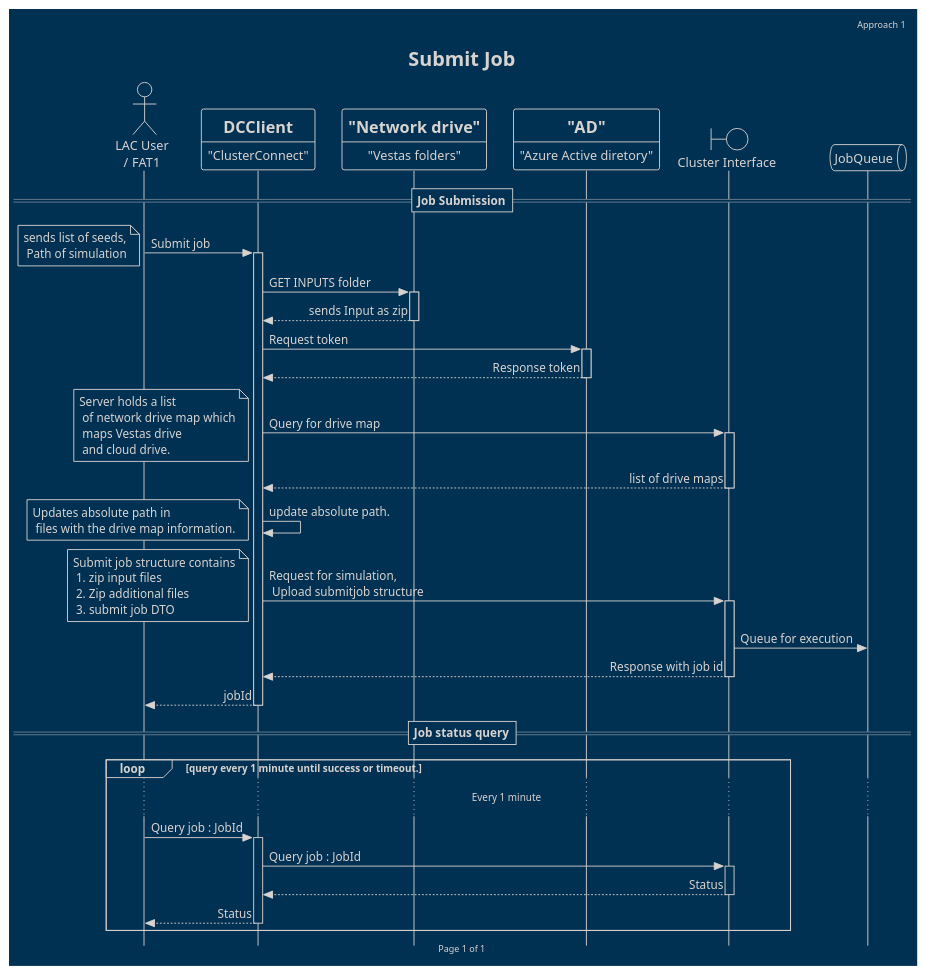
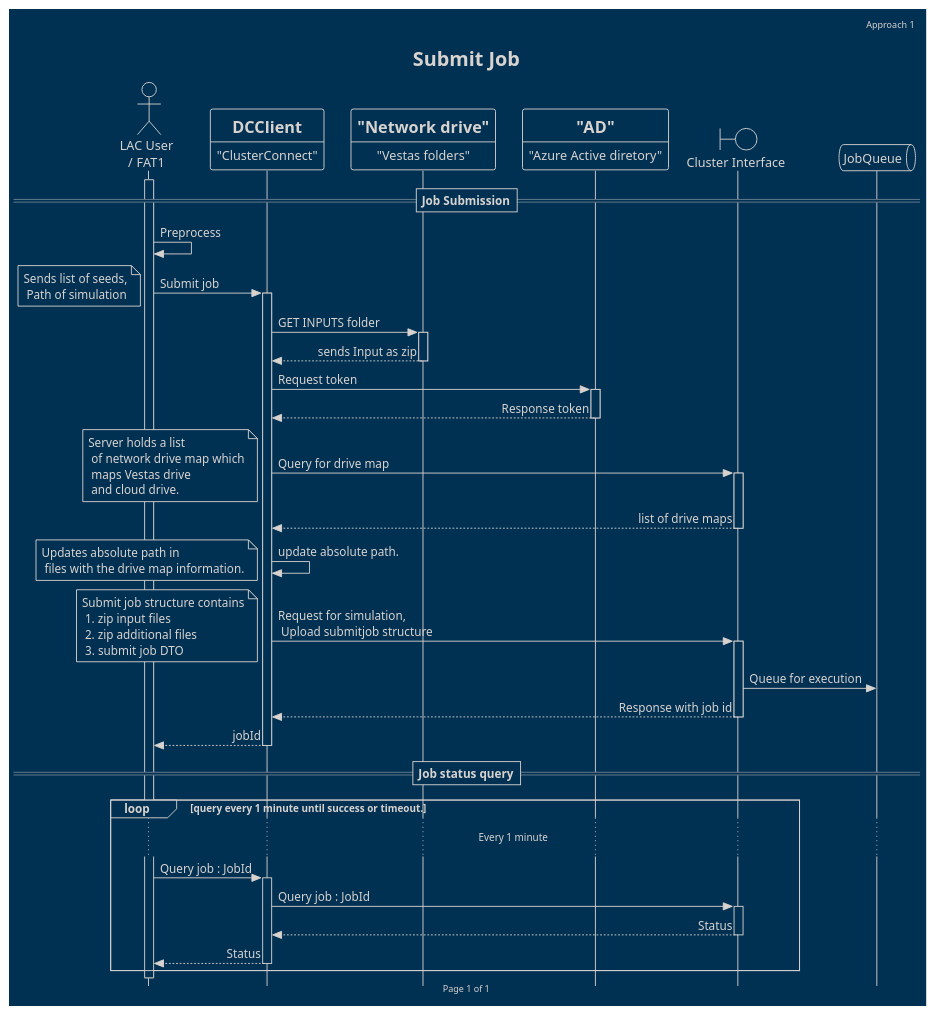
The diagram in Sequence1.puml (libish-jacob/PlantUml), drawn with PlantUML before and after one commit.

```diff
--- a/Sequence1.puml
+++ b/Sequence1.puml
@@ -1,70 +1,73 @@
 @startuml SubmitjobApproach1
 
 header "Approach 1"
 footer Page %page% of %lastpage%
 title "Submit Job"
 
 !theme blueprint
 
 skinparam style strictuml 
 ' black and white eyes friendly.
 'skinparam Monochrome reverse
 ' make it look like handwritten
 'skinparam handwritten true
 
 
 skinparam sequence {    
     MessageAlign direction
     NoteBackgroundColor Yellow
 }
 
 actor "LAC User\n/ FAT1" as fat1 
 participant DCClient [
     =DCClient
     ----
     "ClusterConnect"
 ]
 participant networkFolder [
     ="Network drive"
     ----
     "Vestas folders"
 ]
 participant activeDirectory[
     ="AD"
     ----
     "Azure Active diretory"
 ]
 
 boundary "Cluster Interface" as cloudApi
 
 queue JobQueue
 
 ==Job Submission==
 'autonumber
+activate fat1
+fat1->fat1:Preprocess
 fat1 -> DCClient++ : Submit job
-note left: sends list of seeds,\n Path of simulation 
+
+note left: Sends list of seeds,\n Path of simulation 
 DCClient -> networkFolder++ : GET INPUTS folder
 networkFolder --> DCClient-- : sends Input as zip
 DCClient -> activeDirectory ++: Request token
 activeDirectory --> DCClient --: Response token
 
 DCClient -> cloudApi ++: Query for drive map
 note left: Server holds a list\n of network drive map which\n maps Vestas drive\n and cloud drive.
 cloudApi --> DCClient --: list of drive maps
 DCClient ->DCClient: update absolute path.
 note left: Updates absolute path in\n files with the drive map information.
 DCClient -> cloudApi ++: Request for simulation,\n Upload submitjob structure
-note left: Submit job structure contains\n 1. zip input files\n 2. Zip additional files\n 3. submit job DTO
+note left: Submit job structure contains\n 1. zip input files\n 2. zip additional files\n 3. submit job DTO
 cloudApi->JobQueue:Queue for execution
 cloudApi --> DCClient--: Response with job id
 DCClient --> fat1--: jobId
 
 ==Job status query==
 loop query every 1 minute until success or timeout.
     ...Every 1 minute...
     fat1 -> DCClient++ : Query job : JobId
     DCClient->cloudApi++: Query job : JobId
     cloudApi -->DCClient-- : Status
     DCClient -->fat1--: Status
 end
 @enduml
```
